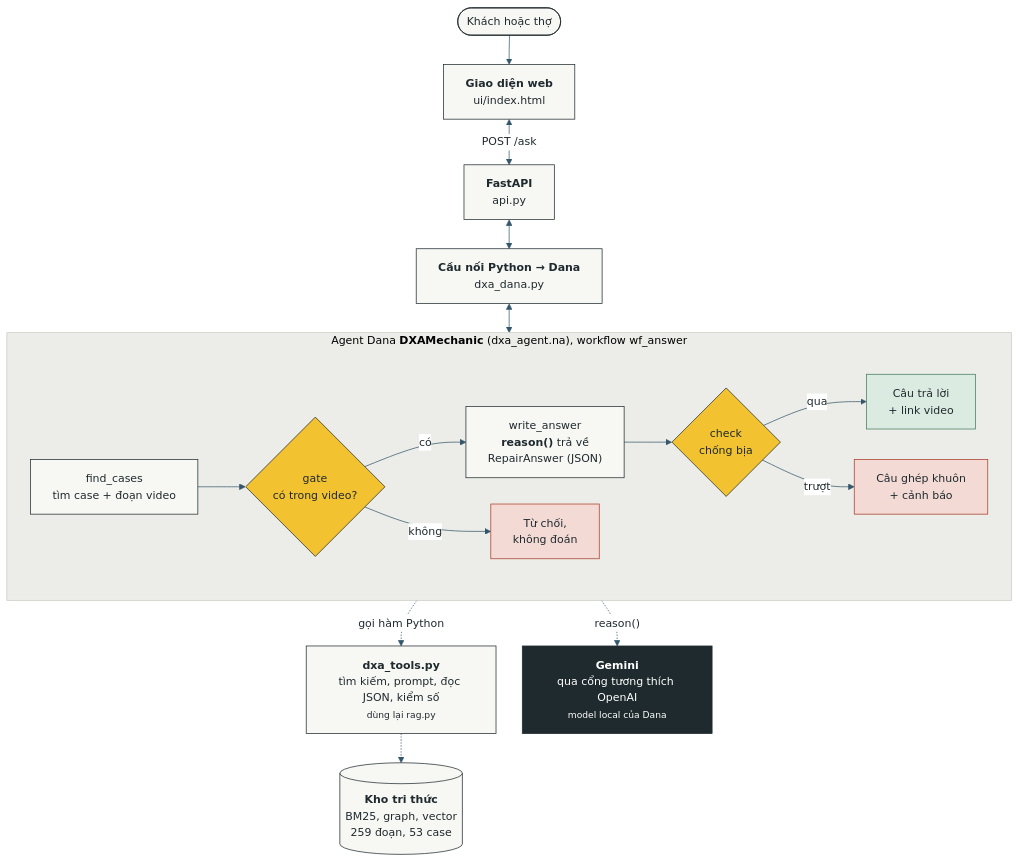
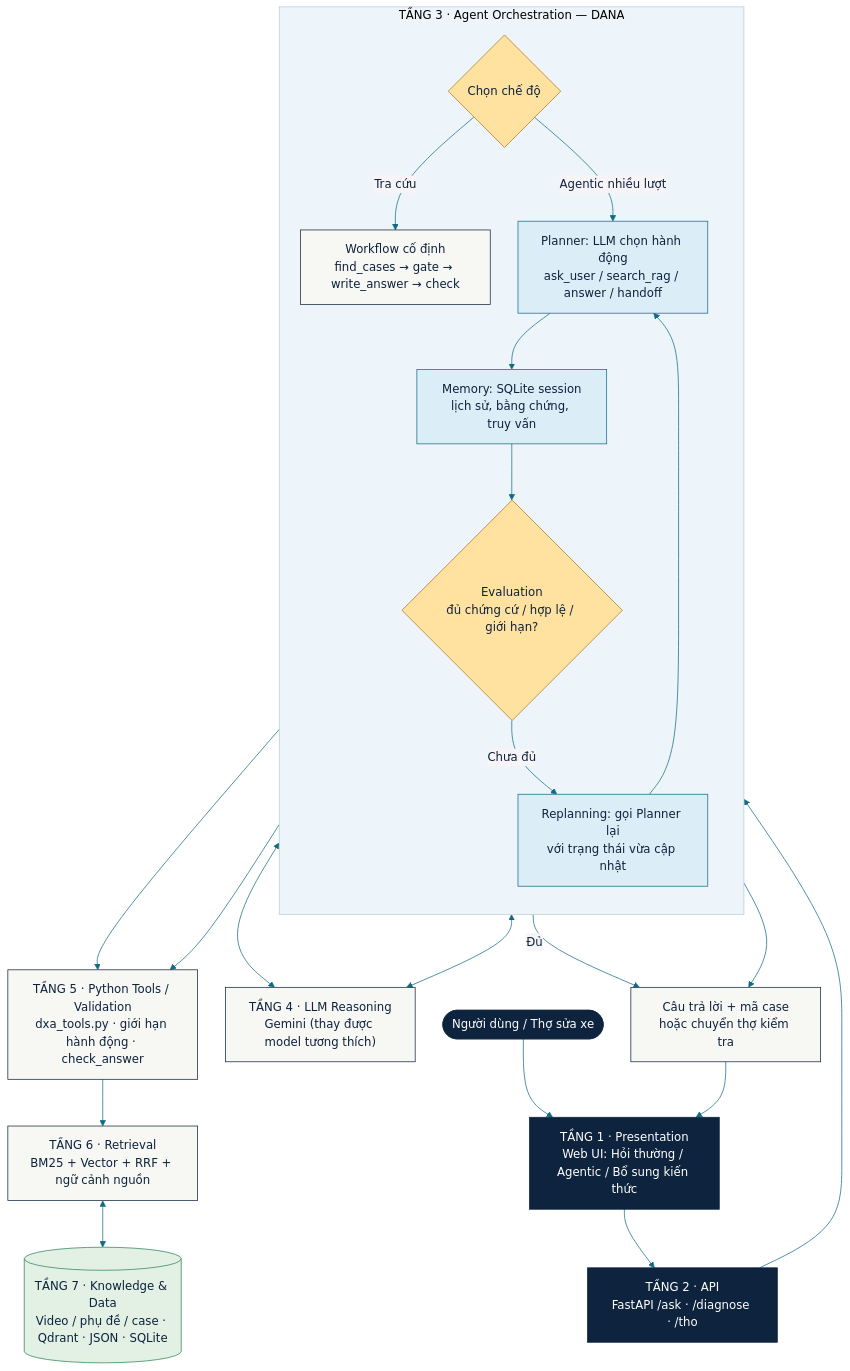
The diagram in dxa-automative-agent_dana/docs/architecture.mmd (ydangishere/dev-projects), drawn with Mermaid before and after one commit.

Commit message:
docs(dxa): align docs/architecture.mmd with Agentic Planning / Replanning

```diff
--- a/dxa-automative-agent_dana/docs/architecture.mmd
+++ b/dxa-automative-agent_dana/docs/architecture.mmd
@@ -1,29 +1,44 @@
-%%{init: {"theme":"base","fontFamily":"Inter, DejaVu Sans, sans-serif","themeVariables":{"fontFamily":"Inter, DejaVu Sans, sans-serif","fontSize":"15px","primaryColor":"#F7F7F4","primaryBorderColor":"#1F2A2E","primaryTextColor":"#1F2A2E","lineColor":"#33566B","clusterBkg":"#ECEDE8","clusterBorder":"#C9CCC4","edgeLabelBackground":"#FFFFFF"},"flowchart":{"curve":"basis","nodeSpacing":36,"rankSpacing":40}}}%%
+%%{init: {"theme":"base","themeVariables":{"fontFamily":"Arial, sans-serif","fontSize":"16px","primaryColor":"#F7F7F4","primaryBorderColor":"#0E233D","primaryTextColor":"#0E233D","lineColor":"#106A84","clusterBkg":"#EEF5FA","clusterBorder":"#B9CAD9"},"flowchart":{"curve":"basis","nodeSpacing":38,"rankSpacing":52}}}%%
 flowchart TB
-    U(["Khách hoặc thợ"]) --> UI["<b>Giao diện web</b><br/>ui/index.html"]
-    UI <-- "POST /ask" --> API["<b>FastAPI</b><br/>api.py"]
-    API <--> BR["<b>Cầu nối Python → Dana</b><br/>dxa_dana.py"]
-    BR <--> AG
+    USER(["Người dùng / Thợ sửa xe"])
+    UI["TẦNG 1 · Presentation<br/>Web UI: Hỏi thường / Agentic / Bổ sung kiến thức"]
+    API["TẦNG 2 · API<br/>FastAPI /ask · /diagnose · /tho"]
+    USER --> UI --> API
 
-    subgraph AG["Agent Dana <b>DXAMechanic</b> (dxa_agent.na), workflow wf_answer"]
-        direction LR
-        A1["find_cases<br/>tìm case + đoạn video"] --> A2{"gate<br/>có trong video?"}
-        A2 -- "có" --> A3["write_answer<br/><b>reason()</b> trả về<br/>RepairAnswer (JSON)"]
-        A3 --> A4{"check<br/>chống bịa"}
-        A4 -- "qua" --> OK["Câu trả lời<br/>+ link video"]
-        A4 -- "trượt" --> TPL["Câu ghép khuôn<br/>+ cảnh báo"]
-        A2 -- "không" --> NO["Từ chối,<br/>không đoán"]
+    subgraph AGENT["TẦNG 3 · Agent Orchestration — DANA"]
+        direction TB
+        MODE{"Chọn chế độ"}
+        CLASSIC["Workflow cố định<br/>find_cases → gate → write_answer → check"]
+        PLAN["Planner: LLM chọn hành động<br/>ask_user / search_rag / answer / handoff"]
+        MEM["Memory: SQLite session<br/>lịch sử, bằng chứng, truy vấn"]
+        EVAL{"Evaluation<br/>đủ chứng cứ / hợp lệ / giới hạn?"}
+        REPLAN["Replanning: gọi Planner lại<br/>với trạng thái vừa cập nhật"]
+        MODE -->|Tra cứu| CLASSIC
+        MODE -->|Agentic nhiều lượt| PLAN
+        PLAN --> MEM --> EVAL
+        EVAL -->|Chưa đủ| REPLAN --> PLAN
     end
+    API --> MODE
 
-    AG -. "gọi hàm Python" .-> TOOLS["<b>dxa_tools.py</b><br/>tìm kiếm, prompt, đọc JSON, kiểm số<br/><small>dùng lại rag.py</small>"]
-    TOOLS -.-> KHO[("<b>Kho tri thức</b><br/>BM25, graph, vector<br/>259 đoạn, 53 case")]
-    AG -. "reason()" .-> G["<b>Gemini</b><br/>qua cổng tương thích OpenAI<br/><small>model local của Dana</small>"]
+    LLM["TẦNG 4 · LLM Reasoning<br/>Gemini (thay được model tương thích)"]
+    TOOLS["TẦNG 5 · Python Tools / Validation<br/>dxa_tools.py · giới hạn hành động · check_answer"]
+    RAG["TẦNG 6 · Retrieval<br/>BM25 + Vector + RRF + ngữ cảnh nguồn"]
+    DATA[("TẦNG 7 · Knowledge & Data<br/>Video / phụ đề / case · Qdrant · JSON · SQLite")]
+    CLASSIC --> TOOLS
+    PLAN <--> LLM
+    REPLAN <--> LLM
+    PLAN --> TOOLS
+    TOOLS --> RAG
+    RAG <--> DATA
+    EVAL -->|Đủ| OUT["Câu trả lời + mã case<br/>hoặc chuyển thợ kiểm tra"]
+    CLASSIC --> OUT
+    OUT --> UI
 
-    classDef gate fill:#F2C230,stroke:#1F2A2E,color:#1F2A2E
-    classDef stop fill:#F3DAD5,stroke:#A93A2A,color:#1F2A2E
-    classDef good fill:#DCEBE1,stroke:#3E7C59,color:#1F2A2E
-    classDef ext fill:#1F2A2E,stroke:#1F2A2E,color:#FFFFFF
-    class A2,A4 gate
-    class NO,TPL stop
-    class OK good
-    class G ext
+    classDef engine fill:#0E233D,stroke:#0E233D,color:#FFFFFF
+    classDef plan fill:#DBEDF7,stroke:#106A84,color:#0E233D
+    classDef gate fill:#FFE2A0,stroke:#AC7421,color:#0E233D
+    classDef store fill:#E3F1E5,stroke:#2C8259,color:#0E233D
+    class USER,UI,API engine
+    class PLAN,MEM,REPLAN plan
+    class MODE,EVAL gate
+    class DATA store
```
